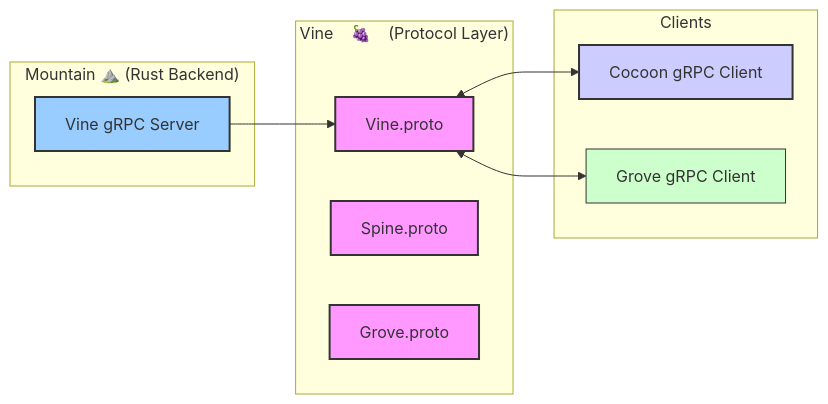
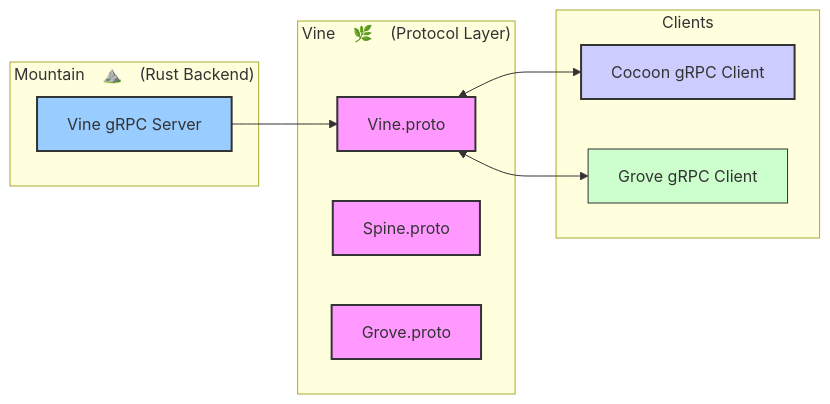
The diagram in README.md (CodeEditorLand/Vine), drawn with Mermaid before and after one commit. The commit also changed other lines of this file, not shown here.

````diff
--- a/README.md
+++ b/README.md
@@ -176,26 +174,26 @@
 ```mermaid
 graph LR
 classDef vine fill:#f9f,stroke:#333,stroke-width:2px;
 classDef mountain fill:#9cf,stroke:#333,stroke-width:2px;
 classDef cocoon fill:#ccf,stroke:#333,stroke-width:2px;
 classDef grove fill:#cfc,stroke:#333,stroke-width:1px;
 
-subgraph "Mountain ⛰️ (Rust Backend)"
+subgraph "Mountain ⛰️ (Rust Backend)"
 VineServer["Vine gRPC Server"]:::mountain
 end
 
-subgraph "Vine 🍇 (Protocol Layer)"
+subgraph "Vine 🌿 (Protocol Layer)"
 VineProto["Vine.proto"]:::vine
 SpineProto["Spine.proto"]:::vine
 GroveProto["Grove.proto"]:::vine
 end
 
 subgraph "Clients"
 CocoonClient["Cocoon gRPC Client"]:::cocoon
 GroveClient["Grove gRPC Client"]:::grove
 end
 
 VineServer --> VineProto
 VineProto <--> CocoonClient
 VineProto <--> GroveClient
 ```
````
